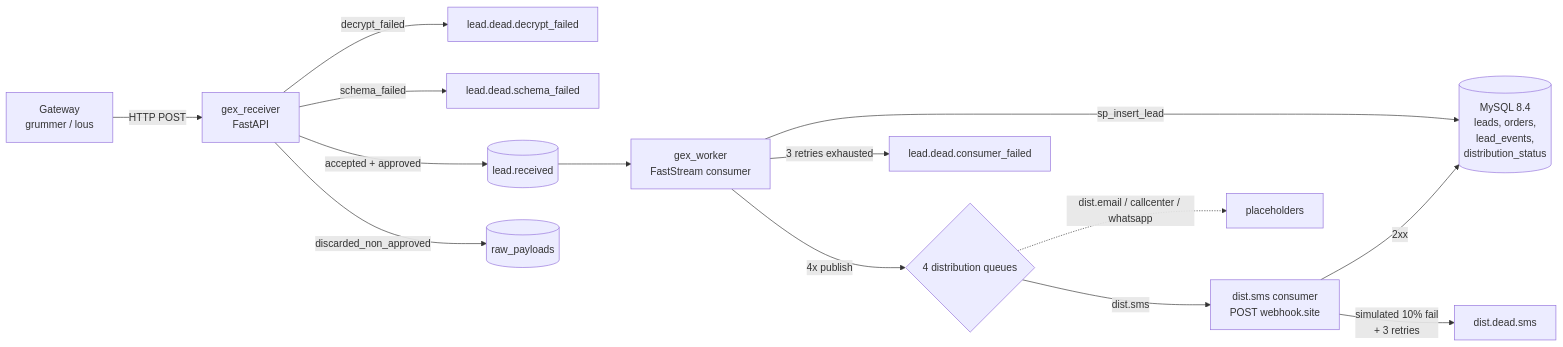
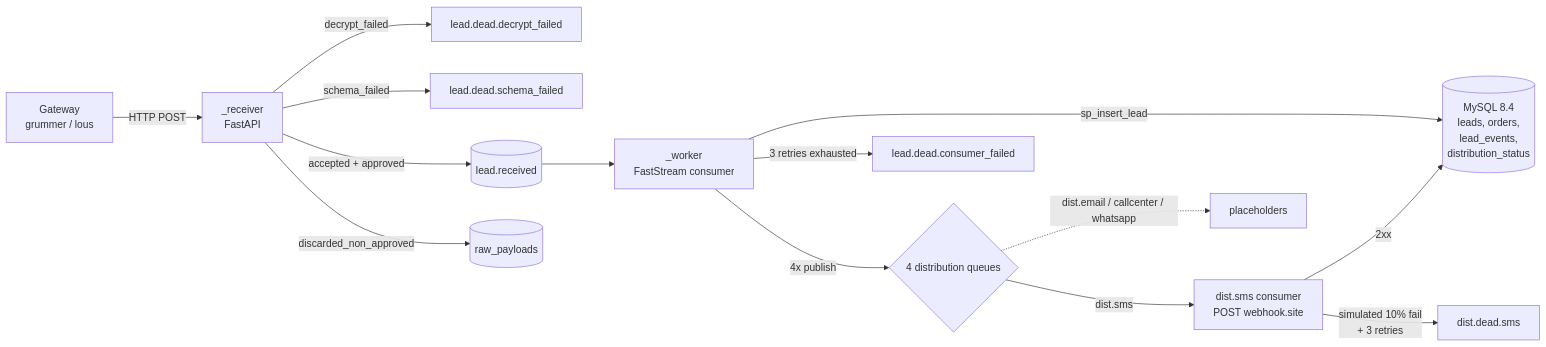
The diagram in README.md (Jonatha-Varjao/gex_test_jonatha), drawn with Mermaid before and after one commit. The commit also changed other lines of this file, not shown here.

````diff
--- a/README.md
+++ b/README.md
@@ -7,20 +7,20 @@
 ```mermaid
 flowchart LR
-    G[Gateway<br/>grummer / lous] -->|HTTP POST| R[gex_receiver<br/>FastAPI]
+    G[Gateway<br/>grummer / lous] -->|HTTP POST| R[ _receiver<br/>FastAPI]
 
     R -->|decrypt_failed| DLQ1[lead.dead.decrypt_failed]
     R -->|schema_failed| DLQ2[lead.dead.schema_failed]
     R -->|accepted + approved| LEAD[(lead.received)]
     R -->|discarded_non_approved| RP[(raw_payloads)]
 
-    LEAD --> W[gex_worker<br/>FastStream consumer]
+    LEAD --> W[ _worker<br/>FastStream consumer]
     W -->|sp_insert_lead| DB[(MySQL 8.4<br/>leads, orders,<br/>lead_events,<br/>distribution_status)]
     W -->|4x publish| DIST{4 distribution queues}
     W -->|3 retries exhausted| DLQ3[lead.dead.consumer_failed]
 
     DIST -->|dist.sms| SMS[dist.sms consumer<br/>POST webhook.site]
     DIST -.->|dist.email / callcenter / whatsapp| PLACE[placeholders]
 
     SMS -->|simulated 10% fail<br/>+ 3 retries| DLQ4[dist.dead.sms]
     SMS -->|2xx| DB
 ```
````
